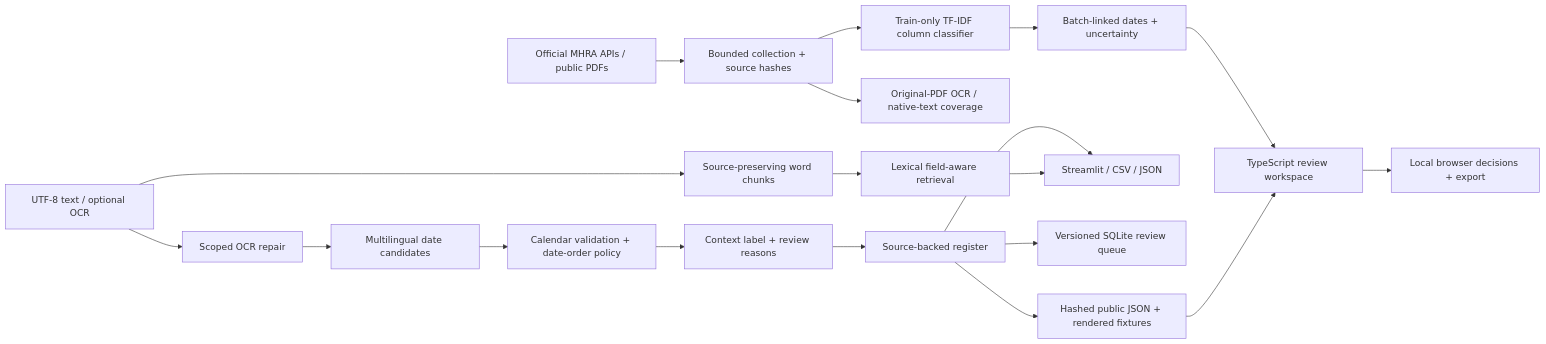
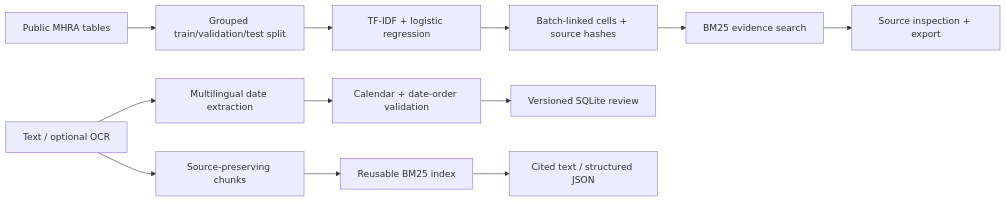
The diagram in README.md (gitLamHoang/pharma-ocr-date-rag), drawn with Mermaid before and after one commit. The commit also changed other lines of this file and 27 other files, not shown here.

Commit message:
Add source-linked evidence search and indexed BM25 retrieval

````diff
--- a/README.md
+++ b/README.md
@@ -217,21 +57,14 @@
 ```mermaid
 flowchart LR
-    N[Official MHRA APIs / public PDFs] --> O[Bounded collection + source hashes]
-    O --> P[Train-only TF-IDF column classifier]
-    P --> Q[Batch-linked dates + uncertainty]
-    Q --> L
-    O --> R[Original-PDF OCR / native-text coverage]
-    A[UTF-8 text / optional OCR] --> B[Scoped OCR repair]
-    B --> C[Multilingual date candidates]
-    C --> D[Calendar validation + date-order policy]
-    D --> E[Context label + review reasons]
-    E --> F[Source-backed register]
-    F --> G[Streamlit / CSV / JSON]
-    F --> J[Versioned SQLite review queue]
-    F --> K[Hashed public JSON + rendered fixtures]
-    K --> L[TypeScript review workspace]
-    L --> M[Local browser decisions + export]
-    A --> H[Source-preserving word chunks]
-    H --> I[Lexical field-aware retrieval]
-    I --> G
+    A[Public MHRA tables] --> B[Grouped train/validation/test split]
+    B --> C[TF-IDF + logistic regression]
+    C --> D[Batch-linked cells + source hashes]
+    D --> E[BM25 evidence search]
+    E --> F[Source inspection + export]
+    G[Text / optional OCR] --> H[Multilingual date extraction]
+    H --> I[Calendar + date-order validation]
+    I --> J[Versioned SQLite review]
+    G --> K[Source-preserving chunks]
+    K --> L[Reusable BM25 index]
+    L --> M[Cited text / structured JSON]
 ```
````
